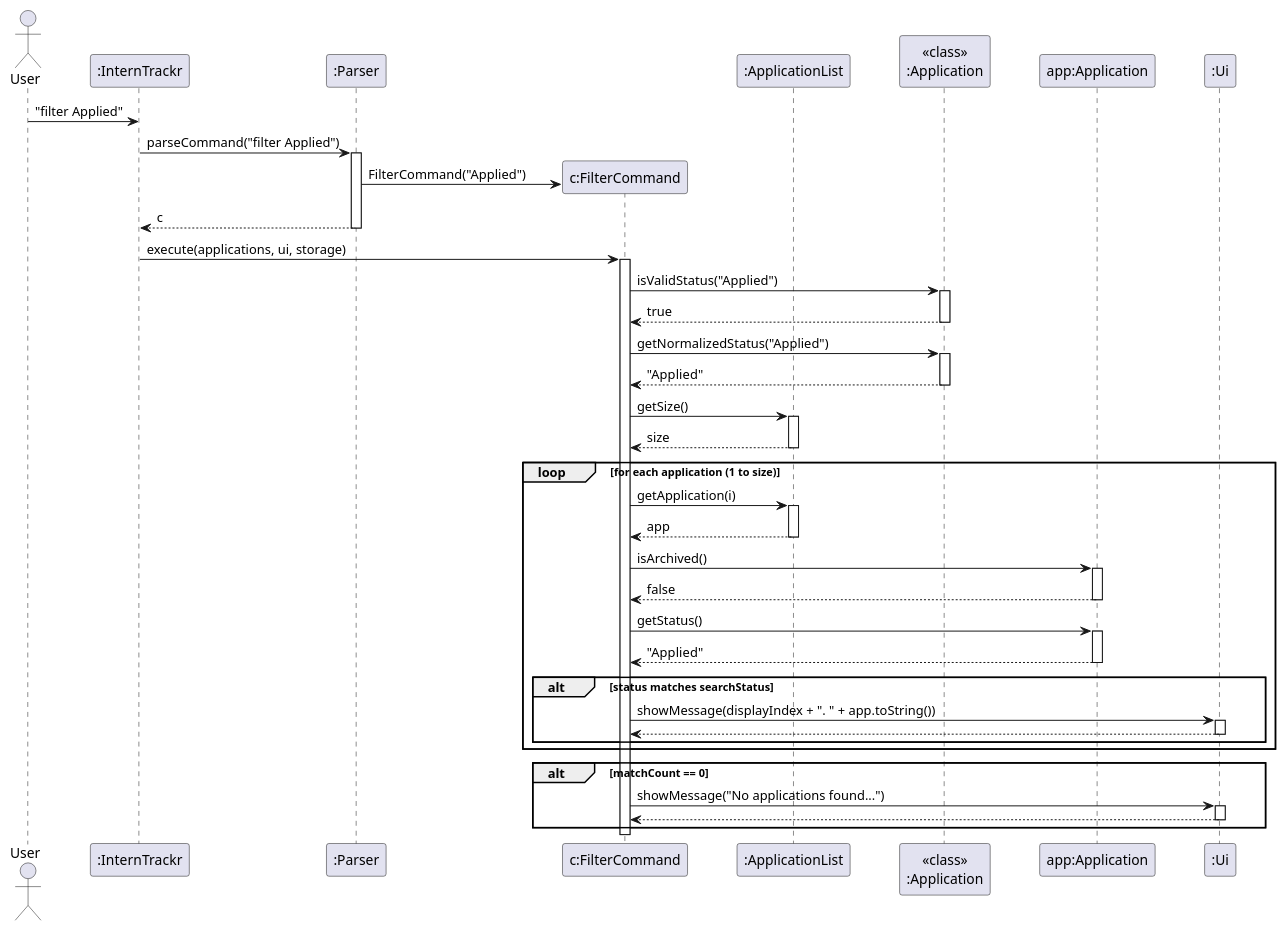
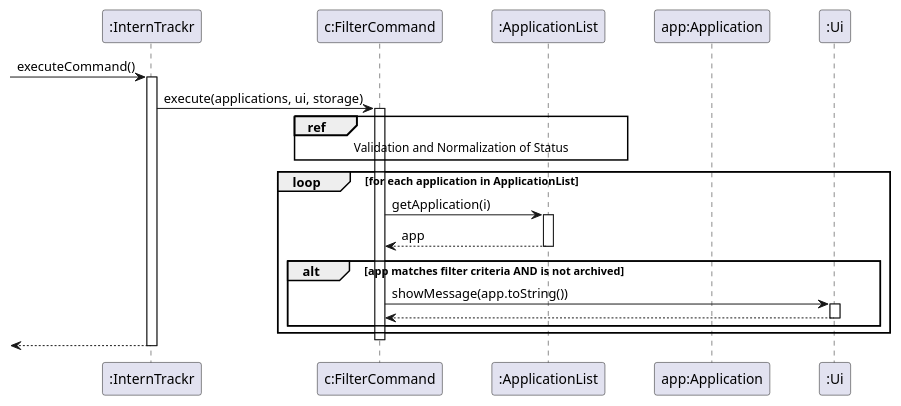
The diagram in docs/diagrams/EmryFilterCommandSequence.puml (eugenia-cnl-lee/tp), drawn with PlantUML before and after one commit. The commit also changed 2 other files, not shown here.

Commit message:
Replace UML diagrams in Filter with clearer and less complex ones, along with descriptions

```diff
--- a/docs/diagrams/EmryFilterCommandSequence.puml
+++ b/docs/diagrams/EmryFilterCommandSequence.puml
@@ -1,72 +1,36 @@
 @startuml
 skinparam ParticipantPadding 20
 skinparam BoxPadding 10
 
-actor User
 participant ":InternTrackr" as IT
-participant ":Parser" as P
 participant "c:FilterCommand" as FC
 participant ":ApplicationList" as AL
-participant "<<class>>\n:Application" as AppClass
 participant "app:Application" as App
 participant ":Ui" as UI
 
-User -> IT : "filter Applied"
-IT -> P : parseCommand("filter Applied")
-activate P
-create FC
-P -> FC : FilterCommand("Applied")
-P --> IT : c
-deactivate P
+[-> IT : executeCommand()
+activate IT
 
 IT -> FC : execute(applications, ui, storage)
 activate FC
 
-FC -> AppClass : isValidStatus("Applied")
-activate AppClass
-AppClass --> FC : true
-deactivate AppClass
+ref over FC, AL : Validation and Normalization of Status
 
-FC -> AppClass : getNormalizedStatus("Applied")
-activate AppClass
-AppClass --> FC : "Applied"
-deactivate AppClass
-
-FC -> AL : getSize()
-activate AL
-AL --> FC : size
-deactivate AL
-
-loop for each application (1 to size)
+loop for each application in ApplicationList
     FC -> AL : getApplication(i)
     activate AL
     AL --> FC : app
     deactivate AL
 
-    FC -> App : isArchived()
-    activate App
-    App --> FC : false
-    deactivate App
-
-    FC -> App : getStatus()
-    activate App
-    App --> FC : "Applied"
-    deactivate App
-
-    alt status matches searchStatus
-        FC -> UI : showMessage(displayIndex + ". " + app.toString())
+    alt app matches filter criteria AND is not archived
+        FC -> UI : showMessage(app.toString())
         activate UI
         UI --> FC
         deactivate UI
     end
 end
 
-alt matchCount == 0
-    FC -> UI : showMessage("No applications found...")
-    activate UI
-    UI --> FC
-    deactivate UI
-end
-
 deactivate FC
+[<-- IT
+deactivate IT
 @enduml
```
